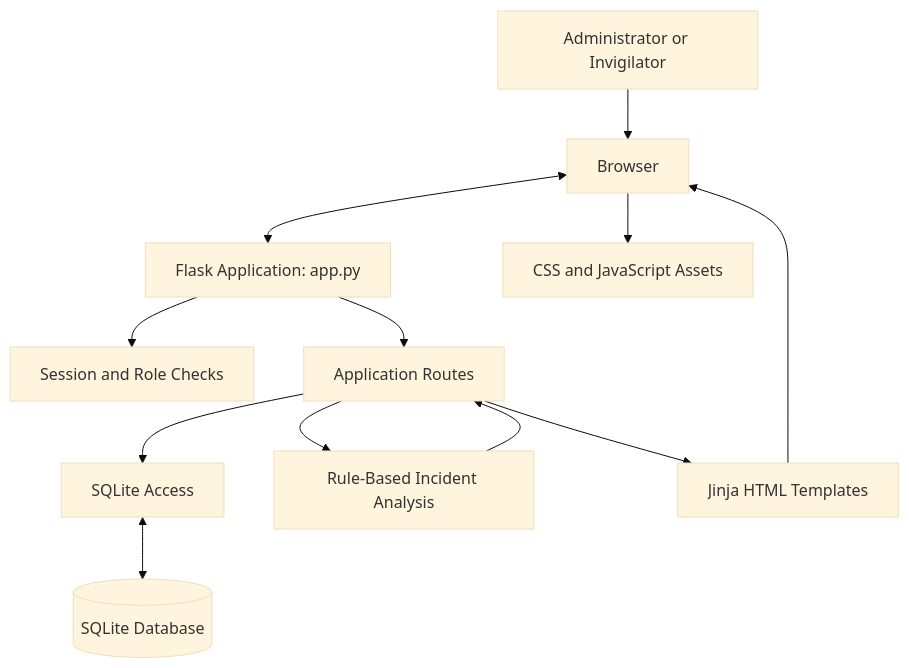
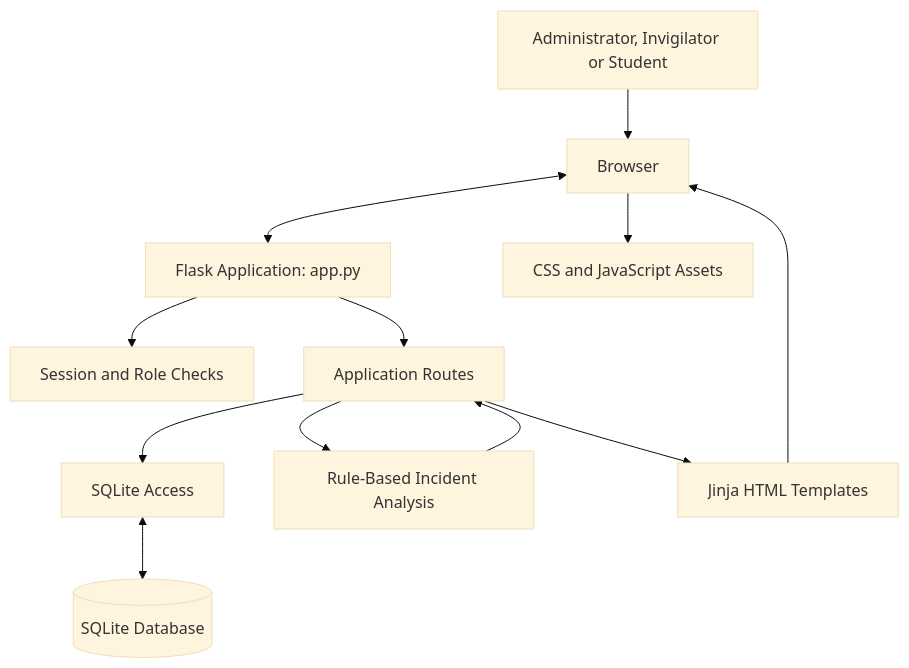
Before and after one commit to Moana-star/AI_INTEGRITY: the diagram in README.md, drawn with Mermaid (base theme). The commit also changed other lines of this file, not shown here.

Commit message:
Document current institutional operations and student workflows

````diff
--- a/README.md
+++ b/README.md
@@ -51,14 +51,14 @@
 ```mermaid
 flowchart TD
-    U[Administrator or Invigilator] --> B[Browser]
+    U[Administrator, Invigilator or Student] --> B[Browser]
     B <--> F[Flask Application: app.py]
     F --> A[Session and Role Checks]
     F --> R[Application Routes]
     R --> D[SQLite Access]
     D <--> DB[(SQLite Database)]
     R --> E[Rule-Based Incident Analysis]
     E --> R
     R --> T[Jinja HTML Templates]
     T --> B
     B --> S[CSS and JavaScript Assets]
 ```
````
